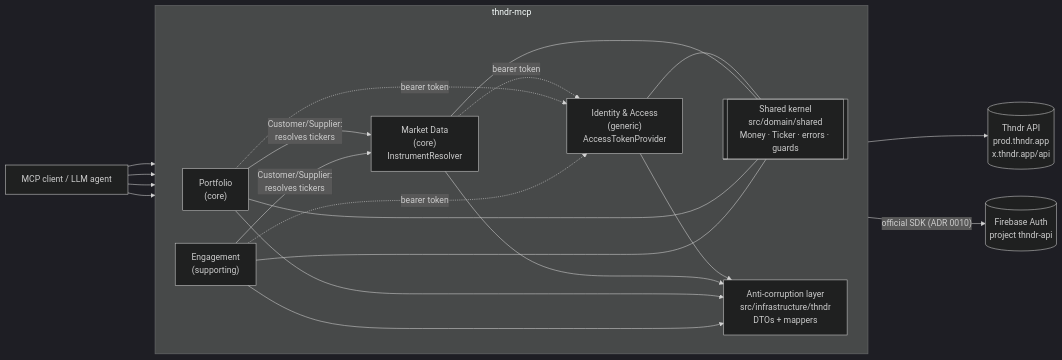
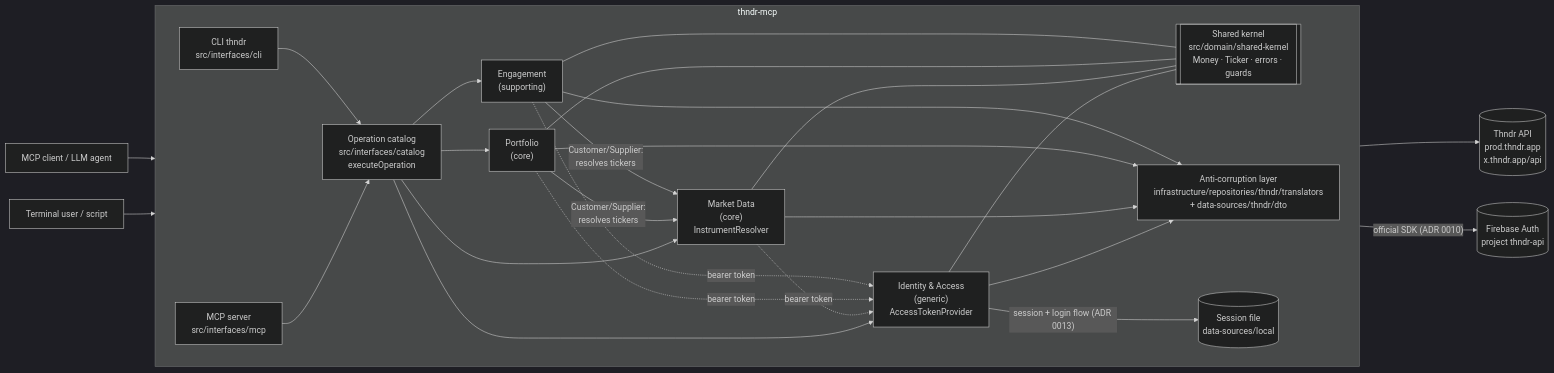
Before and after one commit to armaaar/thndr-mcp: the diagram in docs/README.md, drawn with Mermaid (dark theme). The commit also changed other lines of this file and 29 other files, not shown here.

Commit message:
build: bundle the MCP server and CLI with tsup; document the new architecture (ADR 0011-0014)

````diff
--- a/docs/README.md
+++ b/docs/README.md
@@ -53,35 +60,44 @@
 ```mermaid
 flowchart LR
     LLM["MCP client / LLM agent"]
+    USER["Terminal user / script"]
 
     subgraph Server["thndr-mcp"]
         direction LR
+        MCP["MCP server<br/>src/interfaces/mcp"]
+        CLI["CLI thndr<br/>src/interfaces/cli"]
+        CAT["Operation catalog<br/>src/interfaces/catalog<br/>executeOperation"]
         IA["Identity & Access<br/>(generic)<br/>AccessTokenProvider"]
         MD["Market Data<br/>(core)<br/>InstrumentResolver"]
         PF["Portfolio<br/>(core)"]
         EN["Engagement<br/>(supporting)"]
-        SK[["Shared kernel<br/>src/domain/shared<br/>Money · Ticker · errors · guards"]]
-        ACL["Anti-corruption layer<br/>src/infrastructure/thndr<br/>DTOs + mappers"]
+        SK[["Shared kernel<br/>src/domain/shared-kernel<br/>Money · Ticker · errors · guards"]]
+        ACL["Anti-corruption layer<br/>infrastructure/repositories/thndr/translators<br/>+ data-sources/thndr/dto"]
+        SF[("Session file<br/>data-sources/local")]
     end
 
     THNDR[("Thndr API<br/>prod.thndr.app<br/>x.thndr.app/api")]
     FB[("Firebase Auth<br/>project thndr-api")]
 
-    LLM --> IA & MD & PF & EN
+    LLM --> MCP
+    USER --> CLI
+    MCP & CLI --> CAT
+    CAT --> IA & MD & PF & EN
 
     PF -- "Customer/Supplier:<br/>resolves tickers" --> MD
     EN -- "Customer/Supplier:<br/>resolves tickers" --> MD
 
     MD -. "bearer token" .-> IA
     PF -. "bearer token" .-> IA
     EN -. "bearer token" .-> IA
 
     IA & MD & PF & EN --- SK
 
     IA --> ACL
     MD --> ACL
     PF --> ACL
     EN --> ACL
     ACL --> THNDR
     IA -- "official SDK (ADR 0010)" --> FB
+    IA -- "session + login flow (ADR 0013)" --> SF
 ```
````
